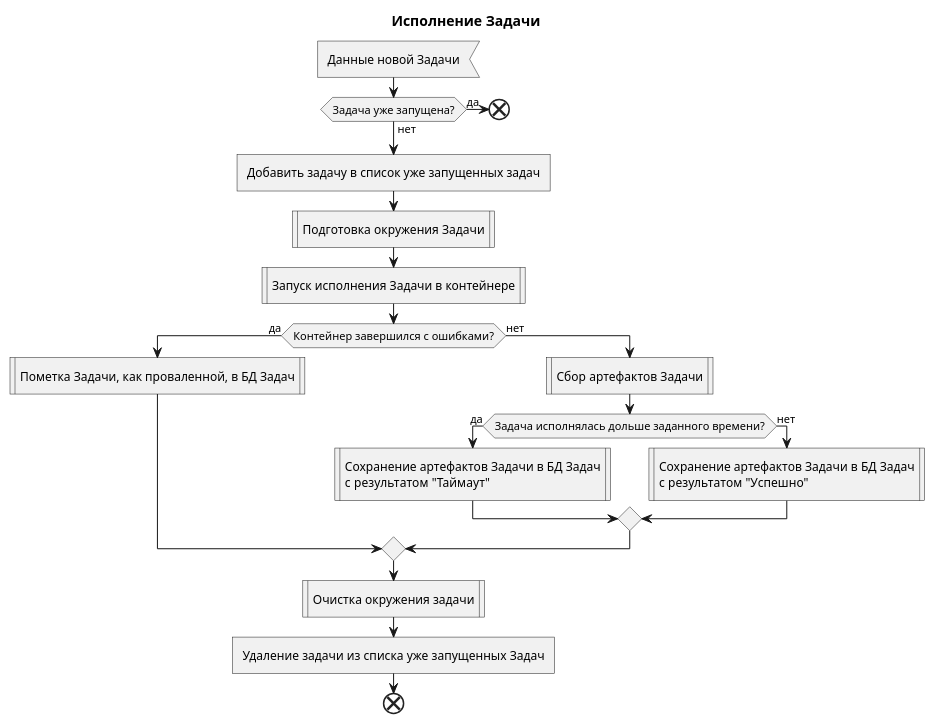
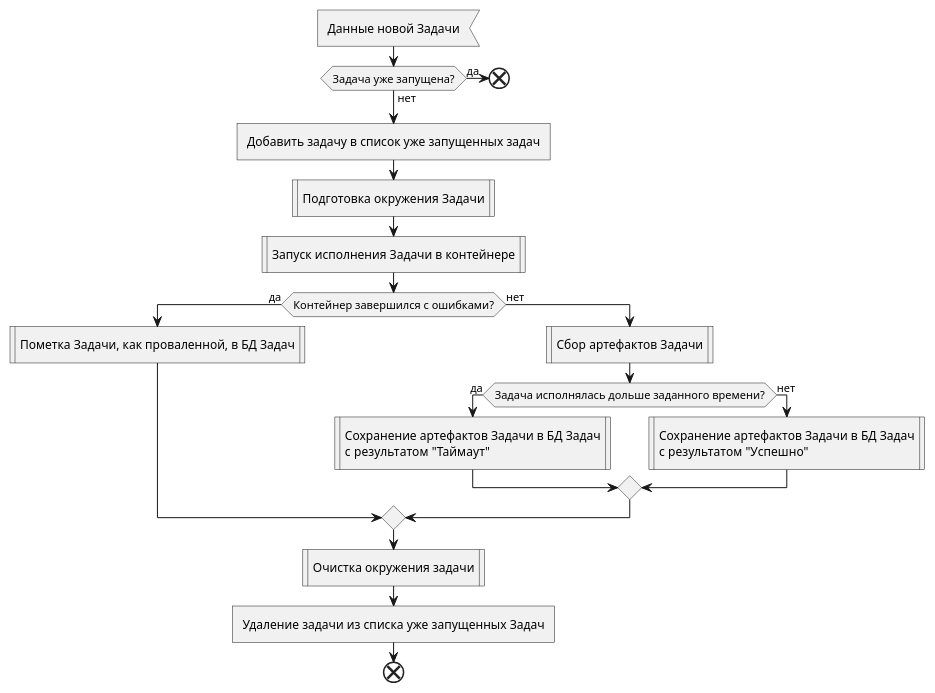
The third of 7 diagrams in docs/diagrams/activity/Job.Worker.puml (mrypdm/JobSystem), drawn with PlantUML before and after one commit. The commit also changed other lines of this file and 19 other files, not shown here.

```diff
--- a/docs/diagrams/activity/Job.Worker.puml
+++ b/docs/diagrams/activity/Job.Worker.puml
@@ -89,32 +85,30 @@
 @startuml Job runner
-
-title Исполнение Задачи
 
 :Данные новой Задачи<
 if (Задача уже запущена?) then (да)
     end
 else (нет)
 endif
 
 :Добавить задачу в список уже запущенных задач]
 :Подготовка окружения Задачи|
 :Запуск исполнения Задачи в контейнере|
 if (Контейнер завершился с ошибками?) then (да)
     :Пометка Задачи, как проваленной, в БД Задач|
 else (нет)
     :Сбор артефактов Задачи|
     if (Задача исполнялась дольше заданного времени?) then (да)
         :Сохранение артефактов Задачи в БД Задач
         с результатом "Таймаут"|
     else (нет)
         :Сохранение артефактов Задачи в БД Задач
         с результатом "Успешно"|
     endif
 endif
 
 :Очистка окружения задачи|
 :Удаление задачи из списка уже запущенных Задач]
 
 end
 
 @enduml
```
